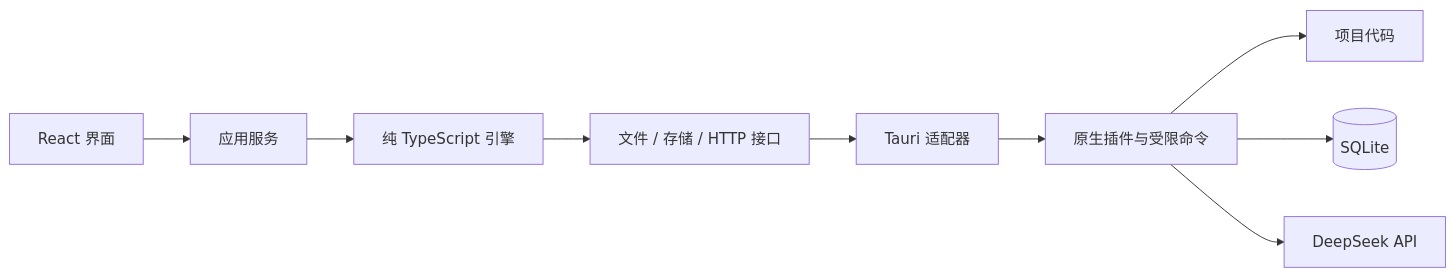
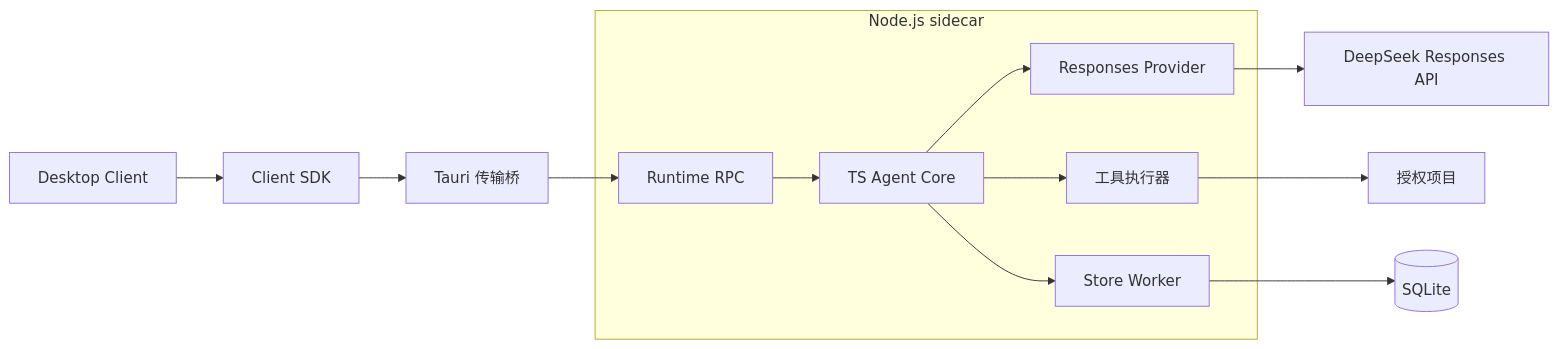
The diagram in docs/03-technical-design.md (shixhen/Tilot), drawn with Mermaid before and after one commit. The commit also changed other lines of this file and 7 other files, not shown here.

Commit message:
refactor: Update roadmap and validation, sources and decisions, and README for improved clarity and structure

````diff
--- a/docs/03-technical-design.md
+++ b/docs/03-technical-design.md
@@ -7,11 +7,15 @@
 ```mermaid
 flowchart LR
-    UI[React 界面] --> APP[应用服务]
-    APP --> ENGINE[纯 TypeScript 引擎]
-    ENGINE --> PORTS[文件 / 存储 / HTTP 接口]
-    PORTS --> ADAPTERS[Tauri 适配器]
-    ADAPTERS --> NATIVE[原生插件与受限命令]
-    NATIVE --> FILES[项目代码]
-    NATIVE --> DB[(SQLite)]
-    NATIVE --> MODEL[DeepSeek API]
+    UI[Desktop Client] --> SDK[Client SDK]
+    SDK --> BRIDGE[Tauri 传输桥]
+    BRIDGE --> RPC[Runtime RPC]
+    subgraph R[Node.js sidecar]
+        RPC --> CORE[TS Agent Core]
+        CORE --> PROVIDER[Responses Provider]
+        CORE --> TOOLS[工具执行器]
+        CORE --> STORE[Store Worker]
+    end
+    PROVIDER --> API[DeepSeek Responses API]
+    TOOLS --> FILES[授权项目]
+    STORE --> DB[(SQLite)]
 ```
````
